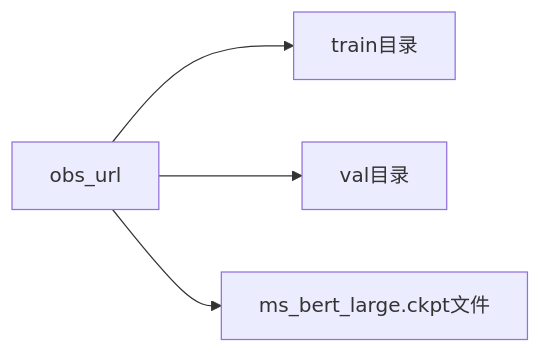
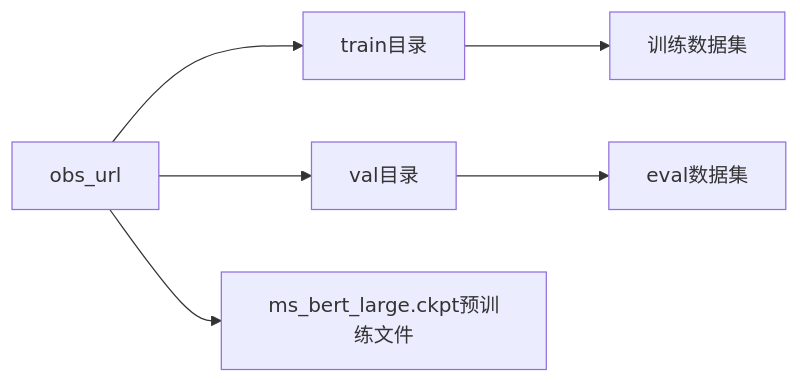
The fourth of 4 diagrams in ais-bench_workload/doc/ais-bench_workload_train_modelarts训练说明文档.md (Ascend/tools), drawn with Mermaid before and after one commit. The commit also changed other lines of this file and 315 other files, not shown here.

````diff
--- a/ais-bench_workload/doc/ais-bench_workload_train_modelarts训练说明文档.md
+++ b/ais-bench_workload/doc/ais-bench_workload_train_modelarts训练说明文档.md
@@ -128,6 +110,6 @@
 ```mermaid
 graph LR
-obs_url  --> train目录
-obs_url  --> val目录
-obs_url  --> ms_bert_large.ckpt文件
+obs_url  --> train目录 --> 训练数据集
+obs_url  --> val目录 --> eval数据集
+obs_url  --> ms_bert_large.ckpt预训练文件
 ```
````
